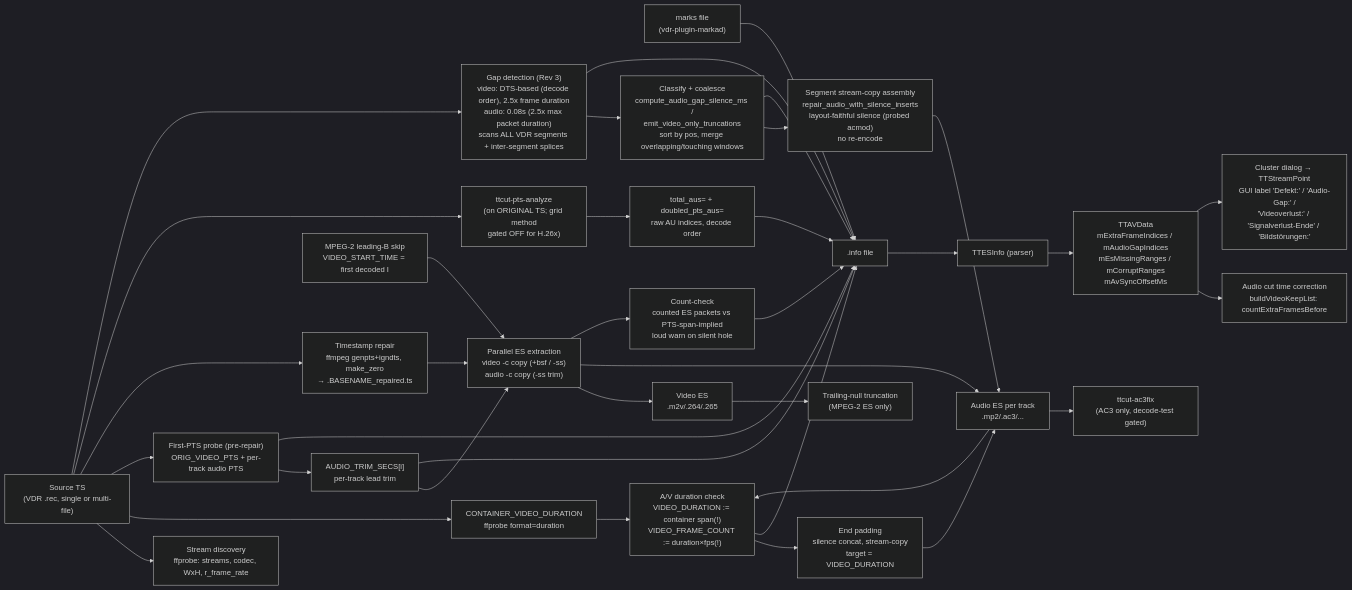
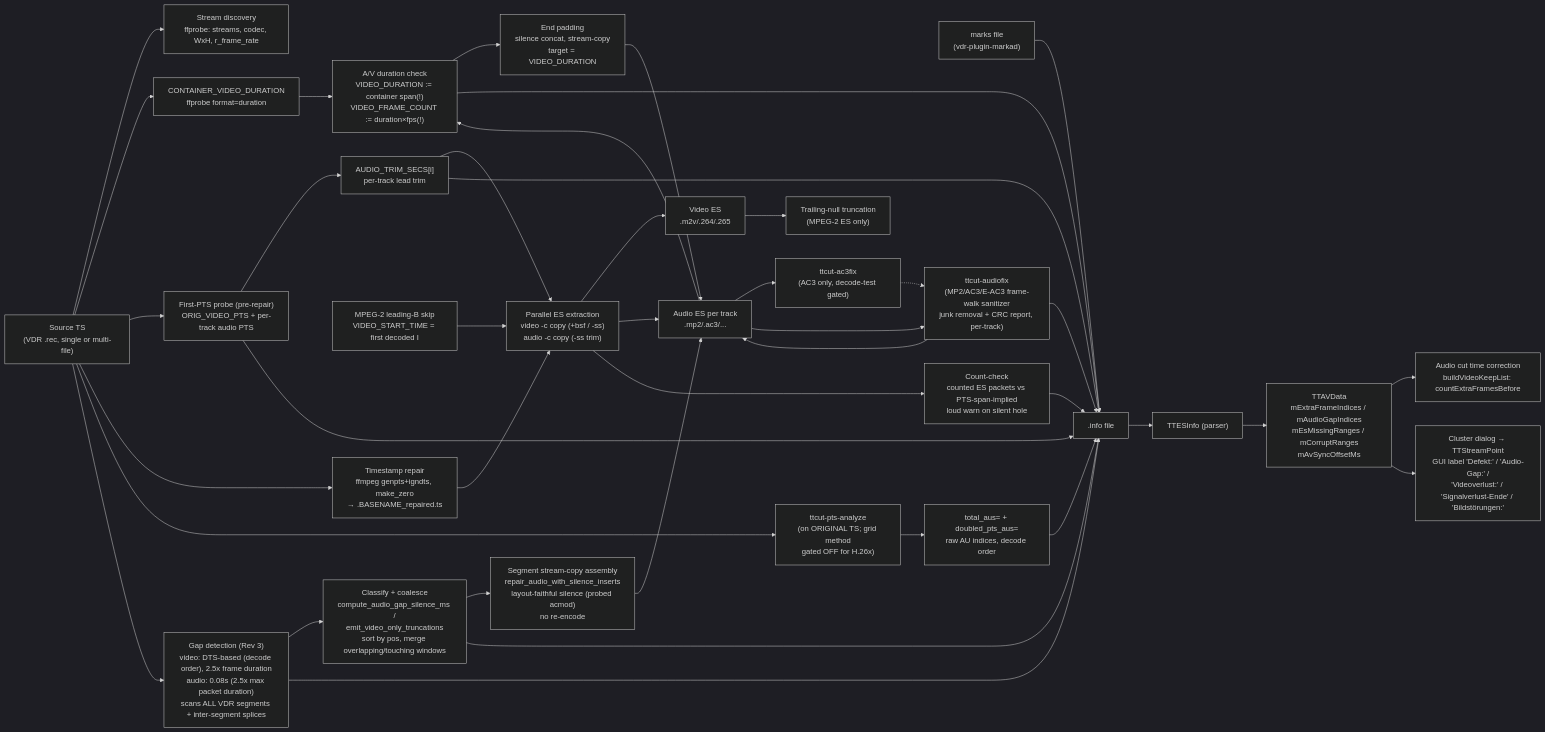
The diagram in docs/code-map/ttcut-demux.md (MINIXJR/TTCut-ng), drawn with Mermaid (dark theme) before and after one commit. The commit also changed other lines of this file and 4 other files, not shown here.

First line of the commit message:
Document the ttcut-audiofix sanitize step

````diff
--- a/docs/code-map/ttcut-demux.md
+++ b/docs/code-map/ttcut-demux.md
@@ -29,65 +30,70 @@
 ```mermaid
 flowchart LR
     TS["Source TS<br/>(VDR .rec, single or multi-file)"]
     MARKS["marks file<br/>(vdr-plugin-markad)"]
     PROBE["Stream discovery<br/>ffprobe: streams, codec, WxH, r_frame_rate"]
     CONTDUR["CONTAINER_VIDEO_DURATION<br/>ffprobe format=duration"]
     PTS0["First-PTS probe (pre-repair)<br/>ORIG_VIDEO_PTS + per-track audio PTS"]
     TRIM["AUDIO_TRIM_SECS[i]<br/>per-track lead trim"]
     REPAIR["Timestamp repair<br/>ffmpeg genpts+igndts, make_zero<br/>→ .BASENAME_repaired.ts"]
     EXTRACT["Parallel ES extraction<br/>video -c copy (+bsf / -ss)<br/>audio -c copy (-ss trim)"]
     MPEG2TRIM["MPEG-2 leading-B skip<br/>VIDEO_START_TIME = first decoded I"]
     NULLTRUNC["Trailing-null truncation<br/>(MPEG-2 ES only)"]
     ESV["Video ES<br/>.m2v/.264/.265"]
     ESA["Audio ES per track<br/>.mp2/.ac3/..."]
     PTSA["ttcut-pts-analyze<br/>(on ORIGINAL TS; grid method<br/>gated OFF for H.26x)"]
     EXTRA["total_aus= + doubled_pts_aus=<br/>raw AU indices, decode order"]
     AC3FIX["ttcut-ac3fix<br/>(AC3 only, decode-test gated)"]
+    AUDIOFIX["ttcut-audiofix<br/>(MP2/AC3/E-AC3 frame-walk sanitizer<br/>junk removal + CRC report, per-track)"]
     GAPS["Gap detection (Rev 3)<br/>video: DTS-based (decode order), 2.5x frame duration<br/>audio: 0.08s (2.5x max packet duration)<br/>scans ALL VDR segments + inter-segment splices"]
     CLASSIFY["Classify + coalesce<br/>compute_audio_gap_silence_ms /<br/>emit_video_only_truncations<br/>sort by pos, merge overlapping/touching windows"]
     ASSEMBLY["Segment stream-copy assembly<br/>repair_audio_with_silence_inserts<br/>layout-faithful silence (probed acmod)<br/>no re-encode"]
     COUNTCHECK["Count-check<br/>counted ES packets vs PTS-span-implied<br/>loud warn on silent hole"]
     DURCHK["A/V duration check<br/>VIDEO_DURATION := container span(!)<br/>VIDEO_FRAME_COUNT := duration×fps(!)"]
     PAD["End padding<br/>silence concat, stream-copy<br/>target = VIDEO_DURATION"]
     INFO[".info file"]
     ESINFO["TTESInfo (parser)"]
     AVDATA["TTAVData<br/>mExtraFrameIndices / mAudioGapIndices<br/>mEsMissingRanges / mCorruptRanges<br/>mAvSyncOffsetMs"]
     AUDIOCORR["Audio cut time correction<br/>buildVideoKeepList: countExtraFramesBefore"]
     STREAMPTS["Cluster dialog → TTStreamPoint<br/>GUI label 'Defekt:' / 'Audio-Gap:' /<br/>'Videoverlust:' / 'Signalverlust-Ende' / 'Bildstörungen:'"]
 
     TS --> PROBE
     TS --> CONTDUR
     TS --> PTS0
     PTS0 --> TRIM
     TS --> REPAIR
     REPAIR --> EXTRACT
     MPEG2TRIM --> EXTRACT
     TRIM --> EXTRACT
     EXTRACT --> ESV
     EXTRACT --> ESA
     ESV --> NULLTRUNC
     EXTRACT --> COUNTCHECK
     TS --> PTSA
     PTSA --> EXTRA
     ESA --> AC3FIX
+    ESA --> AUDIOFIX
+    AC3FIX -.-> AUDIOFIX
+    AUDIOFIX --> ESA
+    AUDIOFIX --> INFO
     TS --> GAPS
     GAPS --> CLASSIFY
     CLASSIFY --> ASSEMBLY
     ASSEMBLY --> ESA
     CONTDUR --> DURCHK
     ESA --> DURCHK
     DURCHK --> PAD
     PAD --> ESA
     EXTRA --> INFO
     GAPS --> INFO
     CLASSIFY --> INFO
     COUNTCHECK --> INFO
     TRIM --> INFO
     PTS0 --> INFO
     DURCHK --> INFO
     MARKS --> INFO
     INFO --> ESINFO
     ESINFO --> AVDATA
     AVDATA --> AUDIOCORR
     AVDATA --> STREAMPTS
 ```
````
